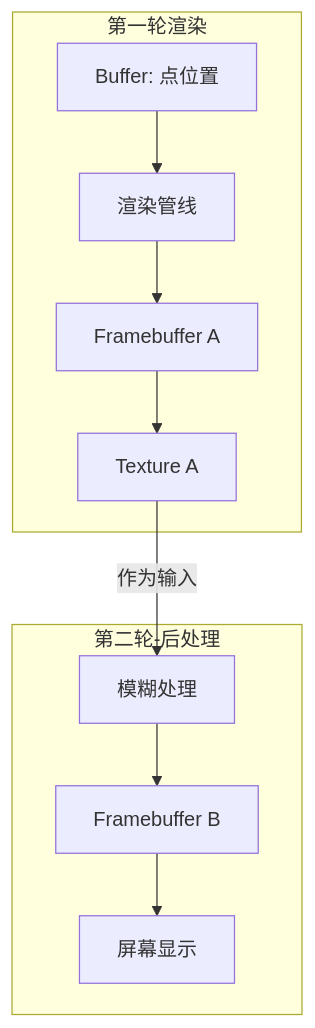
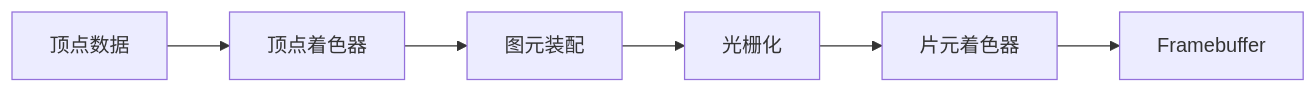
Before and after one commit to chenmijiang/L7: the second of 6 diagrams in person-docs/webgl-fundamentals.md, drawn with Mermaid. The commit also changed other lines of this file, not shown here.

````diff
--- a/person-docs/webgl-fundamentals.md
+++ b/person-docs/webgl-fundamentals.md
@@ -257,14 +85,4 @@
 ```mermaid
-flowchart TB
-    subgraph 第一轮渲染
-        A1[Buffer: 点位置] --> B1[渲染管线]
-        B1 --> C1[Framebuffer A]
-        C1 --> D1[Texture A]
-    end
-
-    subgraph 第二轮-后处理
-        D1 -->|作为输入| B2[模糊处理]
-        B2 --> C2[Framebuffer B]
-        C2 --> E[屏幕显示]
-    end
+flowchart LR
+    V[顶点数据] --> VS[顶点着色器] --> PA[图元装配] --> R[光栅化] --> FS[片元着色器] --> FB[Framebuffer]
 ```
````
